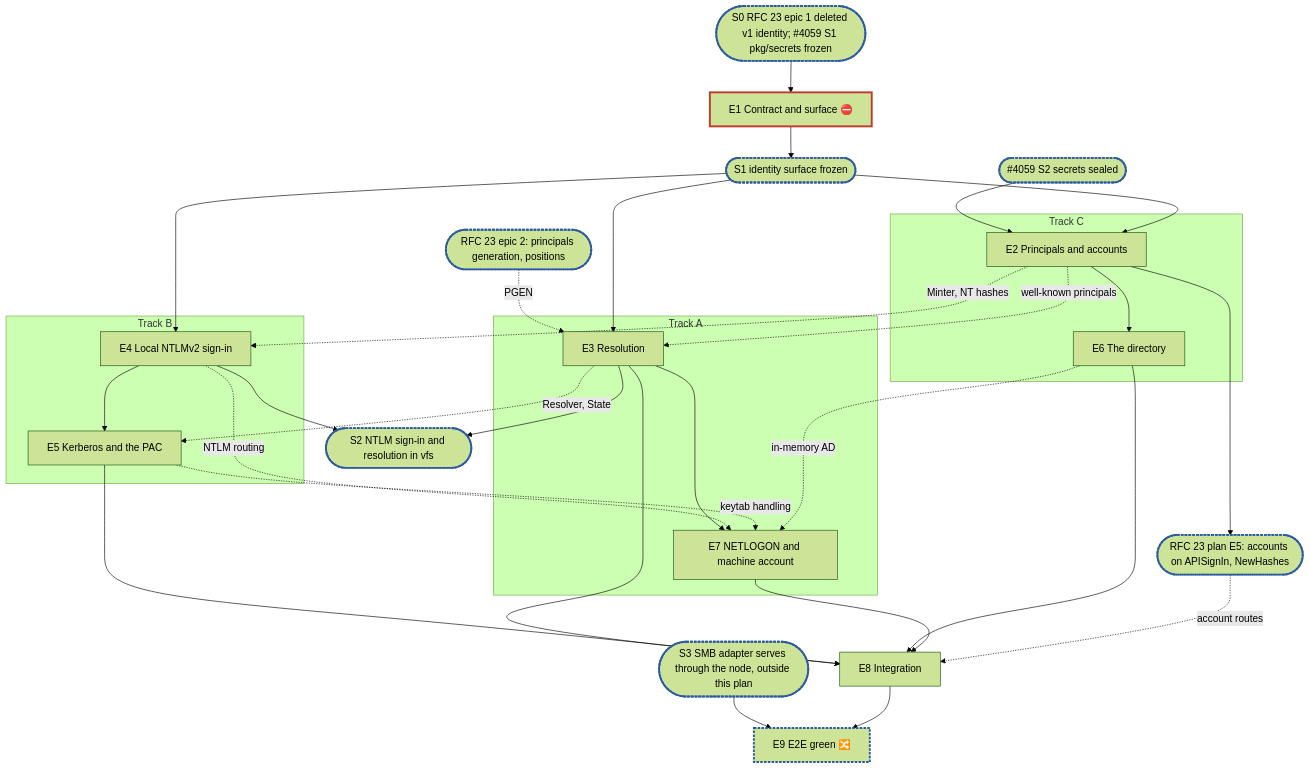
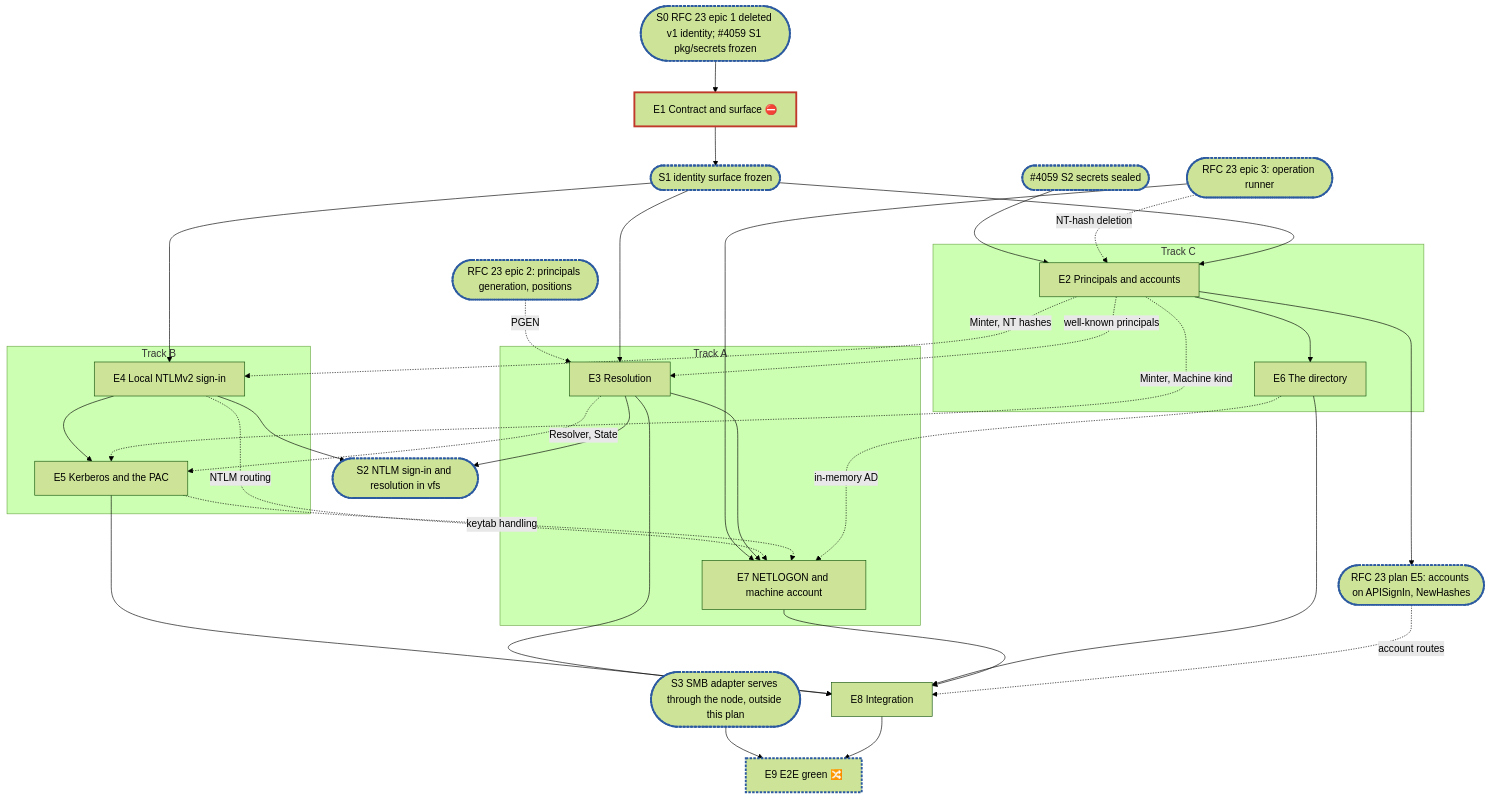
Before and after one commit to cubbit/dittofs: the diagram in docs/internals/planning/rfc-18-identity-plan.md, drawn with Mermaid (forest theme). The commit also changed other lines of this file and 4 other files, not shown here.

````diff
--- a/docs/internals/planning/rfc-18-identity-plan.md
+++ b/docs/internals/planning/rfc-18-identity-plan.md
@@ -346,31 +368,34 @@
 ```mermaid
 flowchart TD
   X0(["S0 RFC 23 epic 1 deleted v1 identity; #4059 S1 pkg/secrets frozen"]):::sync --> E1["E1 Contract and surface ⛔"]:::blocker
   X2(["#4059 S2 secrets sealed"]):::sync --> E2
   E1 --> S1(["S1 identity surface frozen"]):::sync
   X1(["RFC 23 epic 2: principals generation, positions"]):::sync -. "PGEN" .-> E3
+  X4(["RFC 23 epic 3: operation runner"]):::sync --> E7
+  X4 -. "NT-hash deletion" .-> E2
   subgraph A["Track A"]
     E3["E3 Resolution"] --> E7["E7 NETLOGON and machine account"]
   end
   subgraph B["Track B"]
     E4["E4 Local NTLMv2 sign-in"] --> E5["E5 Kerberos and the PAC"]
   end
   subgraph C["Track C"]
     E2["E2 Principals and accounts"] --> E6["E6 The directory"]
   end
   S1 --> E2 & E3 & E4
   E2 --> X3(["RFC 23 plan E5: accounts on APISignIn, NewHashes"]):::sync
   E2 -. "Minter, NT hashes" .-> E4
   E2 -. "well-known principals" .-> E3
+  E2 -. "Minter, Machine kind" .-> E5
   E3 -. "Resolver, State" .-> E5
   E4 -. "NTLM routing" .-> E7
   E5 -. "keytab handling" .-> E7
   E6 -. "in-memory AD" .-> E7
   E3 & E4 --> S2(["S2 NTLM sign-in and resolution in vfs"]):::sync
   E3 & E5 & E6 & E7 --> E8["E8 Integration"]
   X3 -. "account routes" .-> E8
   S3(["S3 SMB adapter serves through the node, outside this plan"]):::sync --> E9["E9 E2E green 🔀"]:::sync
   E8 --> E9
   classDef blocker stroke:#c0392b,stroke-width:3px
   classDef sync stroke:#2c5aa0,stroke-width:3px,stroke-dasharray:4 2
 ```
````
